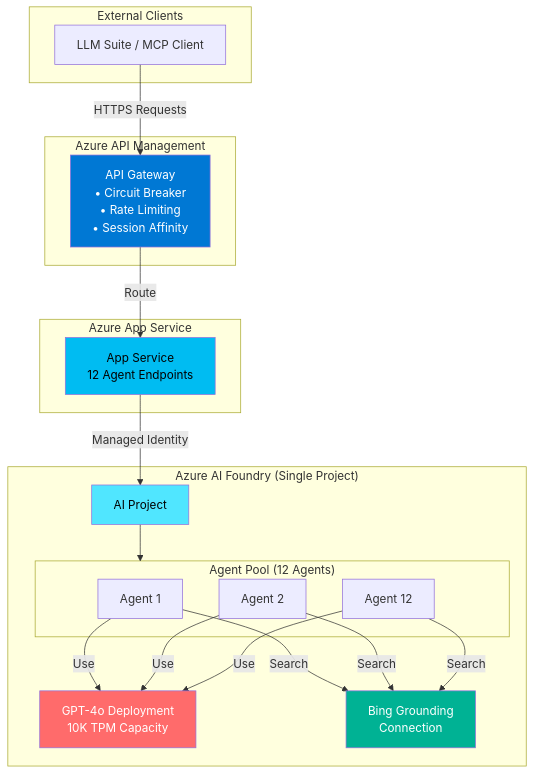
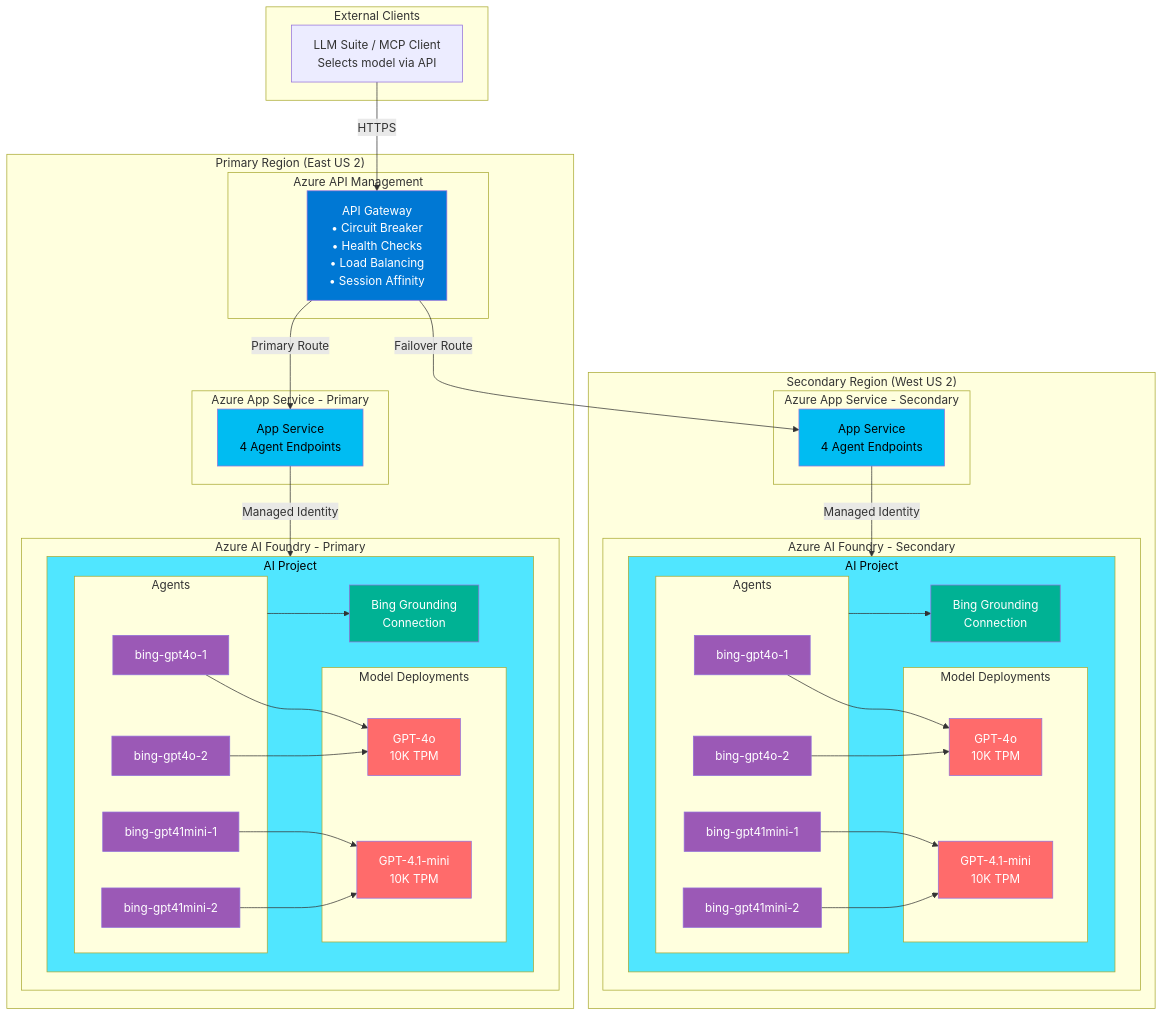
The diagram in README.md (drewelewis/ai-bing-grounding-mcp-appservice), drawn with Mermaid before and after one commit. The commit also changed other lines of this file and 7 other files, not shown here.

First line of the commit message:
Add GitHub Actions for multi-region deployment and blue/green agent weights

````diff
--- a/README.md
+++ b/README.md
@@ -70,39 +70,88 @@
 ```mermaid
 graph TB
     subgraph External["External Clients"]
-        Client[LLM Suite / MCP Client]
+        Client[LLM Suite / MCP Client<br/>Selects model via API]
     end
     
-    subgraph APIM["Azure API Management"]
-        Gateway[API Gateway<br/>• Circuit Breaker<br/>• Rate Limiting<br/>• Session Affinity]
+    subgraph PrimaryRegion["Primary Region (East US 2)"]
+        subgraph APIM["Azure API Management"]
+            Gateway[API Gateway<br/>• Circuit Breaker<br/>• Health Checks<br/>• Load Balancing<br/>• Session Affinity]
+        end
+        
+        subgraph AppService1["Azure App Service - Primary"]
+            WebApp1[App Service<br/>4 Agent Endpoints]
+        end
+        
+        subgraph Foundry1["Azure AI Foundry - Primary"]
+            subgraph Project1["AI Project"]
+                subgraph Models1["Model Deployments"]
+                    GPT4O1[GPT-4o<br/>10K TPM]
+                    GPT41Mini1[GPT-4.1-mini<br/>10K TPM]
+                end
+                subgraph Agents1["Agents"]
+                    Agent1A[bing-gpt4o-1]
+                    Agent1B[bing-gpt4o-2]
+                    Agent1C[bing-gpt41mini-1]
+                    Agent1D[bing-gpt41mini-2]
+                end
+                Bing1[Bing Grounding<br/>Connection]
+            end
+        end
     end
     
-    subgraph AppService["Azure App Service"]
-        WebApp[App Service<br/>12 Agent Endpoints]
+    subgraph SecondaryRegion["Secondary Region (West US 2)"]
+        subgraph AppService2["Azure App Service - Secondary"]
+            WebApp2[App Service<br/>4 Agent Endpoints]
+        end
+        
+        subgraph Foundry2["Azure AI Foundry - Secondary"]
+            subgraph Project2["AI Project"]
+                subgraph Models2["Model Deployments"]
+                    GPT4O2[GPT-4o<br/>10K TPM]
+                    GPT41Mini2[GPT-4.1-mini<br/>10K TPM]
+                end
+                subgraph Agents2["Agents"]
+                    Agent2A[bing-gpt4o-1]
+                    Agent2B[bing-gpt4o-2]
+                    Agent2C[bing-gpt41mini-1]
+                    Agent2D[bing-gpt41mini-2]
+                end
+                Bing2[Bing Grounding<br/>Connection]
+            end
+        end
     end
     
-    subgraph Foundry["Azure AI Foundry (Single Project)"]
-        Project[AI Project]
-        GPT4O[GPT-4o Deployment<br/>10K TPM Capacity]
-        subgraph Agents["Agent Pool (12 Agents)"]
-            Agent1[Agent 1]
-            Agent2[Agent 2]
-            Agent12[Agent 12]
-        end
-        Bing[Bing Grounding<br/>Connection]
-    end
+    Client -->|HTTPS| Gateway
+    Gateway -->|Primary Route| WebApp1
+    Gateway -->|Failover Route| WebApp2
     
-    Client -->|HTTPS Requests| Gateway
-    Gateway -->|Route| WebApp
+    WebApp1 -->|Managed Identity| Project1
+    Agent1A & Agent1B --> GPT4O1
+    Agent1C & Agent1D --> GPT41Mini1
+    Agents1 --> Bing1
     
-    WebApp -->|Managed Identity| Project
-    Project --> Agents
-    Agent1 & Agent2 & Agent12 -->|Use| GPT4O
-    Agent1 & Agent2 & Agent12 -->|Search| Bing
+    WebApp2 -->|Managed Identity| Project2
+    Agent2A & Agent2B --> GPT4O2
+    Agent2C & Agent2D --> GPT41Mini2
+    Agents2 --> Bing2
     
     style Gateway fill:#0078d4,color:#fff
-    style WebApp fill:#00bcf2,color:#000
-    style Project fill:#50e6ff,color:#000
-    style GPT4O fill:#ff6b6b,color:#fff
-    style Bing fill:#00b294,color:#fff
+    style WebApp1 fill:#00bcf2,color:#000
+    style WebApp2 fill:#00bcf2,color:#000
+    style Project1 fill:#50e6ff,color:#000
+    style Project2 fill:#50e6ff,color:#000
+    style GPT4O1 fill:#ff6b6b,color:#fff
+    style GPT4O2 fill:#ff6b6b,color:#fff
+    style GPT41Mini1 fill:#ff6b6b,color:#fff
+    style GPT41Mini2 fill:#ff6b6b,color:#fff
+    style Bing1 fill:#00b294,color:#fff
+    style Bing2 fill:#00b294,color:#fff
+    style Agent1A fill:#9b59b6,color:#fff
+    style Agent1B fill:#9b59b6,color:#fff
+    style Agent1C fill:#9b59b6,color:#fff
+    style Agent1D fill:#9b59b6,color:#fff
+    style Agent2A fill:#9b59b6,color:#fff
+    style Agent2B fill:#9b59b6,color:#fff
+    style Agent2C fill:#9b59b6,color:#fff
+    style Agent2D fill:#9b59b6,color:#fff
 ```
````
